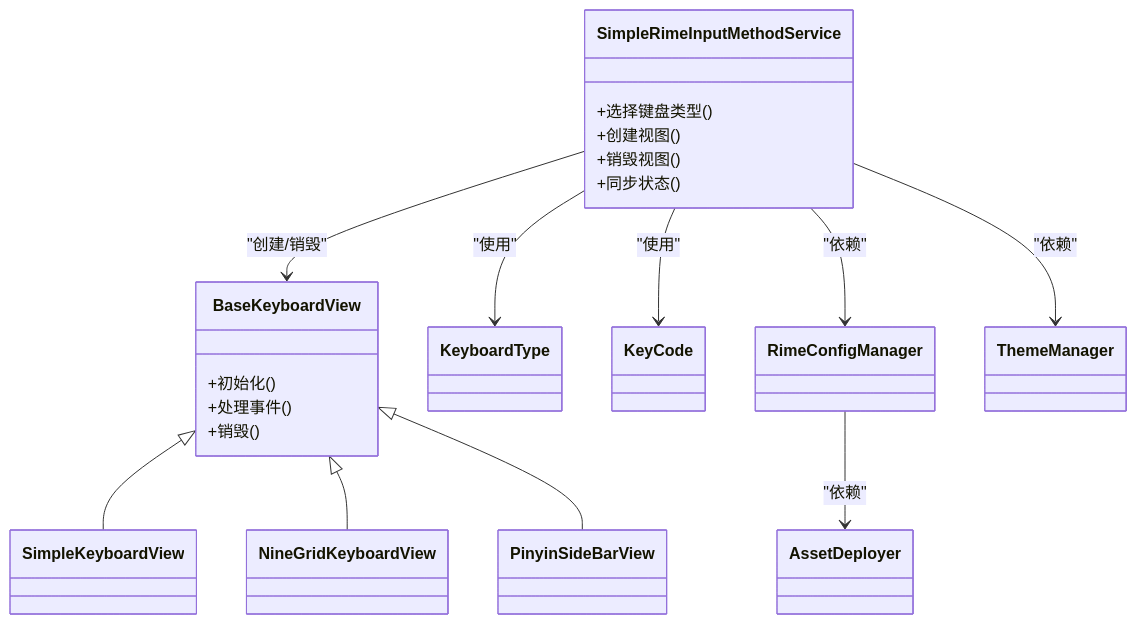
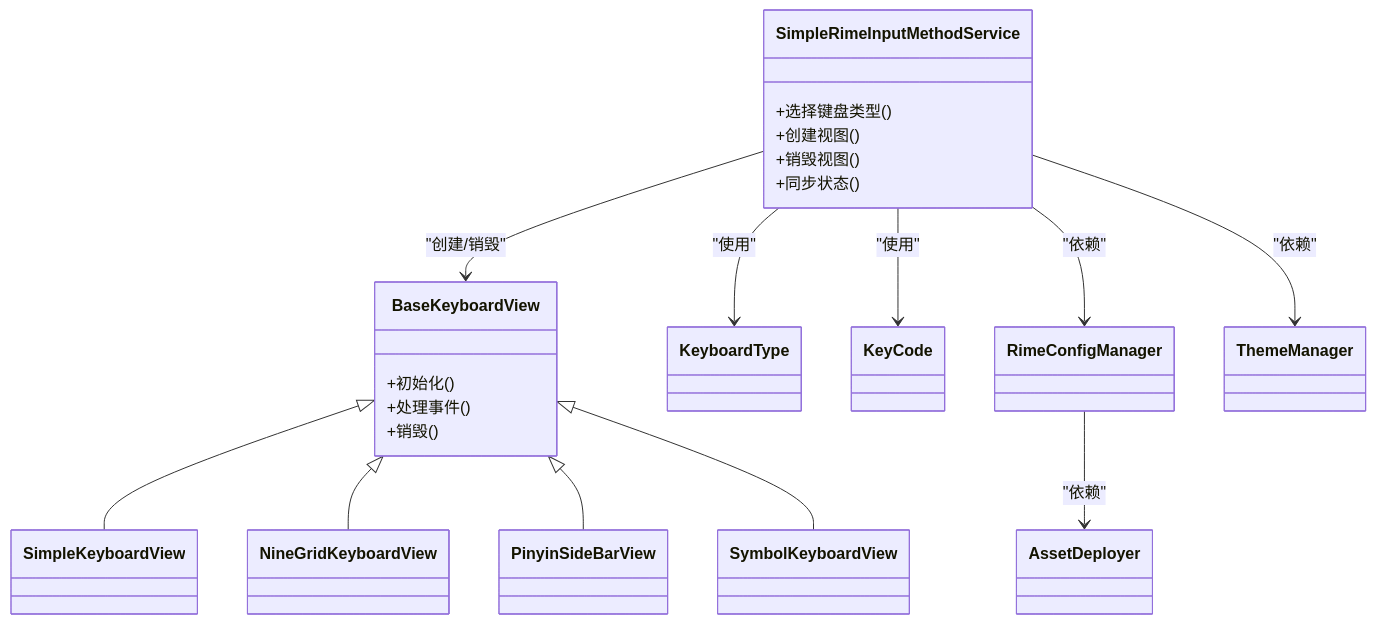
The fourth of 4 diagrams in .qoder/repowiki/zh/content/键盘实现/键盘类型系统.md (qiaodashaoye/ziyou-ime), drawn with Mermaid before and after one commit. The commit also changed other lines of this file and 4 other files, not shown here.

Commit message:
docs(repowiki): 同步 AI 面板/图片发送/符号键盘 架构文档

````diff
--- a/.qoder/repowiki/zh/content/键盘实现/键盘类型系统.md
+++ b/.qoder/repowiki/zh/content/键盘实现/键盘类型系统.md
@@ -260,31 +283,33 @@
 ```mermaid
 classDiagram
 class SimpleRimeInputMethodService {
 +选择键盘类型()
 +创建视图()
 +销毁视图()
 +同步状态()
 }
 class BaseKeyboardView {
 +初始化()
 +处理事件()
 +销毁()
 }
 class SimpleKeyboardView
 class NineGridKeyboardView
 class PinyinSideBarView
+class SymbolKeyboardView
 class KeyboardType
 class KeyCode
 class RimeConfigManager
 class ThemeManager
 class AssetDeployer
 SimpleRimeInputMethodService --> BaseKeyboardView : "创建/销毁"
 BaseKeyboardView <|-- SimpleKeyboardView
 BaseKeyboardView <|-- NineGridKeyboardView
 BaseKeyboardView <|-- PinyinSideBarView
+BaseKeyboardView <|-- SymbolKeyboardView
 SimpleRimeInputMethodService --> KeyboardType : "使用"
 SimpleRimeInputMethodService --> KeyCode : "使用"
 SimpleRimeInputMethodService --> RimeConfigManager : "依赖"
 SimpleRimeInputMethodService --> ThemeManager : "依赖"
 RimeConfigManager --> AssetDeployer : "依赖"
 ```
````
